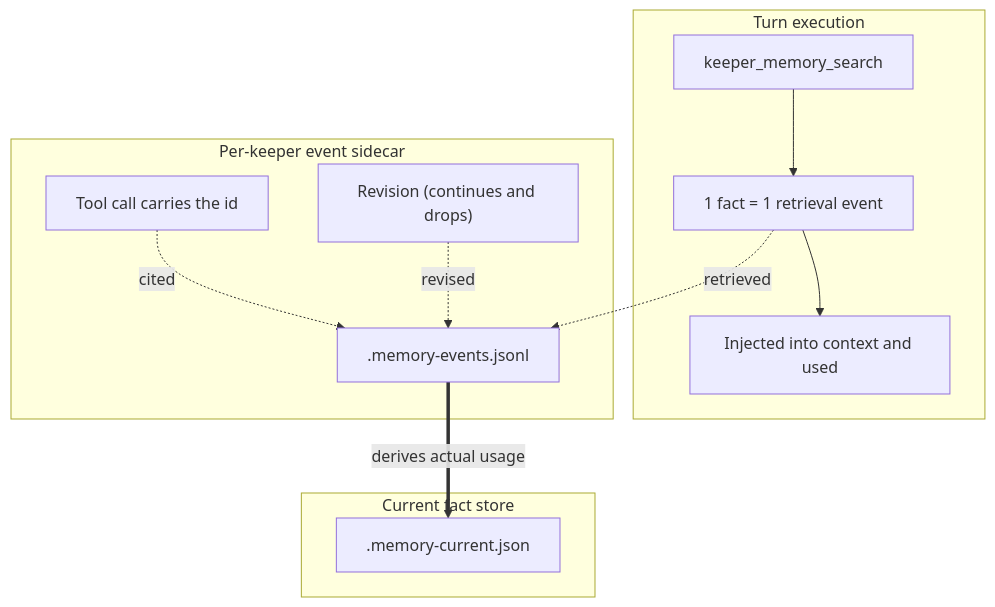
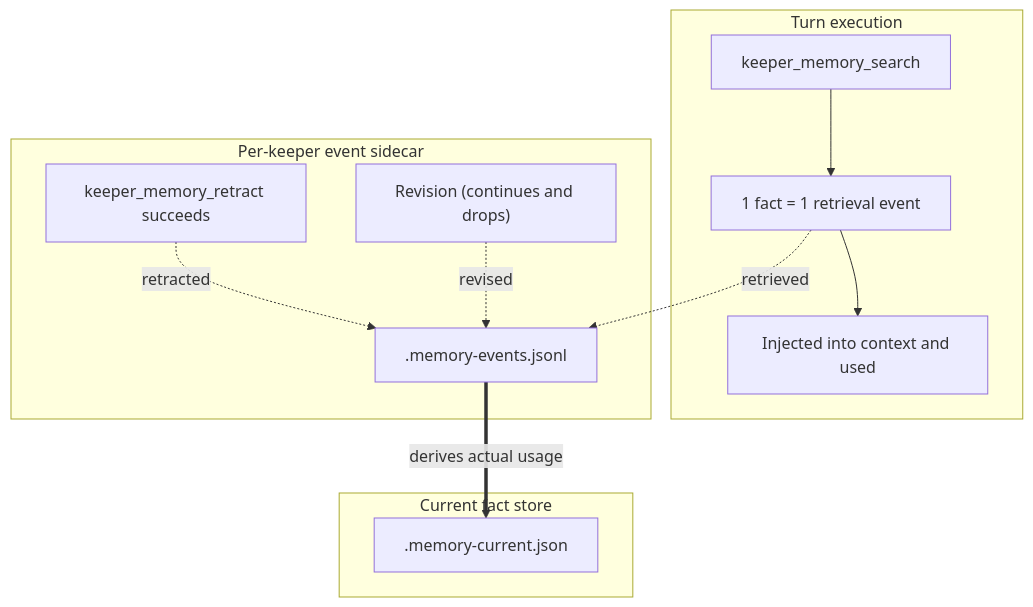
One commit to jeong-sik/masc changed the diagram in docs-site/src/content/docs/architecture/memory-os.md. Above: the diagram before and after it, drawn with Mermaid. The commit also changed other lines of this file and 3 other files, not shown here.

````diff
--- a/docs-site/src/content/docs/architecture/memory-os.md
+++ b/docs-site/src/content/docs/architecture/memory-os.md
@@ -29,17 +29,17 @@
 ```mermaid
 flowchart TD
     subgraph Execution ["Turn execution"]
         Q["keeper_memory_search"] --> RET["1 fact = 1 retrieval event"]
         RET --> USE["Injected into context and used"]
     end
 
     subgraph Sidecar ["Per-keeper event sidecar"]
         RET -.->|"retrieved"| EV["<keeper>.memory-events.jsonl"]
-        TOOL["Tool call carries the id"] -.->|"cited"| EV
+        DROP["keeper_memory_retract succeeds"] -.->|"retracted"| EV
         REV["Revision (continues and drops)"] -.->|"revised"| EV
     end
 
     subgraph Facts ["Current fact store"]
         EV ==>|"derives actual usage"| DB["<keeper>.memory-current.json"]
     end
 ```
````
